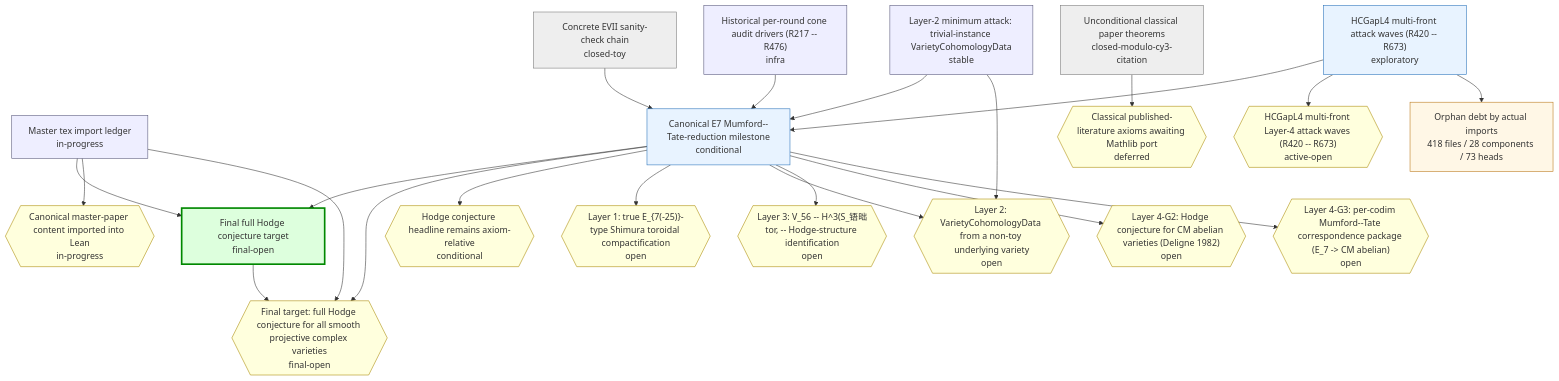
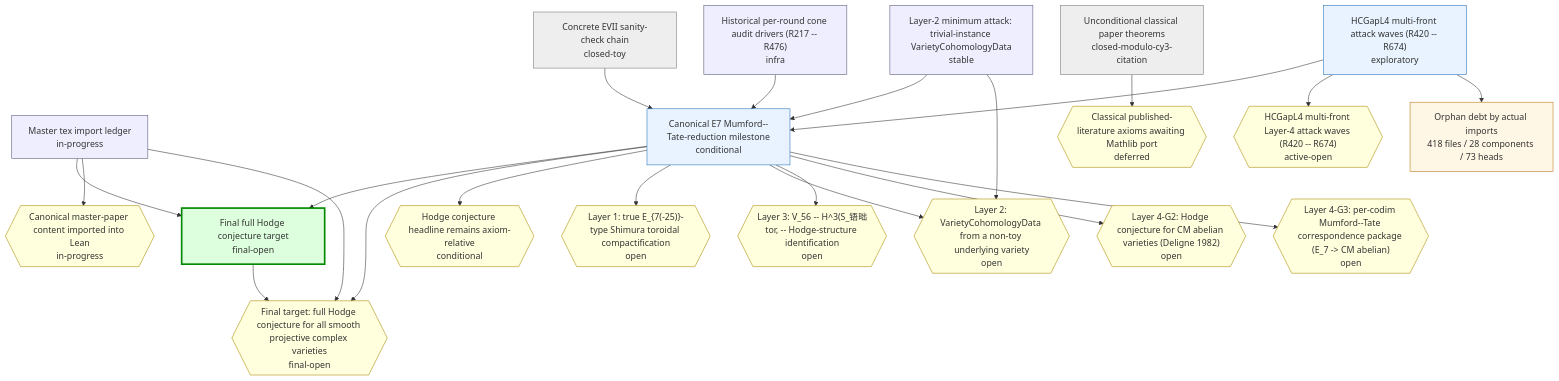
The first of 2 diagrams in chain-status/research-map.md (crabsatellite/hodge-conjecture-lean4-formalization), drawn with Mermaid before and after one commit. The commit also changed other lines of this file and 8 other files, not shown here.

````diff
--- a/chain-status/research-map.md
+++ b/chain-status/research-map.md
@@ -46,54 +46,54 @@
 ```mermaid
 graph TD
   classDef main fill:#dfd,stroke:#080,stroke-width:3px
   classDef active fill:#e8f3ff,stroke:#2670b8
   classDef support fill:#eef,stroke:#557
   classDef closed fill:#eee,stroke:#777
   classDef dead fill:#fdd,stroke:#a00,stroke-width:2px
   classDef gapOpen fill:#ffd,stroke:#a80
   classDef gapClosed fill:#eee,stroke:#777
   classDef gapDead fill:#fdd,stroke:#a00
   classDef debt fill:#fff7e6,stroke:#b87514
   classDef debtTaxonomy fill:#e8f3ff,stroke:#2670b8,stroke-dasharray:3 3
   classDef debtRule fill:#eefbea,stroke:#398439,stroke-dasharray:3 3
   classDef debtDead fill:#fdd,stroke:#a00,stroke-dasharray:3 3
   chain_full_hc_final_target["Final full Hodge conjecture target\nfinal-open"]:::main
   chain_master_paper_import_ledger["Master tex import ledger\nin-progress"]:::support
   chain_main_hc_axiom_relative["Canonical E7 Mumford--Tate-reduction milestone\nconditional"]:::active
   chain_unconditional_classical["Unconditional classical paper theorems\nclosed-modulo-cy3-citation"]:::closed
   chain_hcgap_l2_trivial_instances["Layer-2 minimum attack: trivial-instance VarietyCohomologyData\nstable"]:::support
-  chain_hcgap_l4_multifront_active["HCGapL4 multi-front attack waves (R420 -- R673)\nexploratory"]:::active
+  chain_hcgap_l4_multifront_active["HCGapL4 multi-front attack waves (R420 -- R674)\nexploratory"]:::active
   chain_concrete_evii_toy["Concrete EVII sanity-check chain\nclosed-toy"]:::closed
   chain_historical_cone_audits["Historical per-round cone audit drivers (R217 -- R476)\ninfra"]:::support
   gap_G_full_hc{{"Final target: full Hodge conjecture for all smooth projective complex varieties\nfinal-open"}}:::gapOpen
   gap_G_master_paper_import{{"Canonical master-paper content imported into Lean\nin-progress"}}:::gapOpen
   gap_G_main_hc{{"Hodge conjecture headline remains axiom-relative\nconditional"}}:::gapOpen
   gap_G_l1_e7_shimura_tor{{"Layer 1: true E_{7(-25)}-type Shimura toroidal compactification\nopen"}}:::gapOpen
   gap_G_l2_cohomology_construction{{"Layer 2: VarietyCohomologyData from a non-toy underlying variety\nopen"}}:::gapOpen
   gap_G_l3_v56_mt_identification{{"Layer 3: V_56 -- H^3(S_铻昢tor, -- Hodge-structure identification\nopen"}}:::gapOpen
   gap_G_l4_cm_abelian_hc{{"Layer 4-G2: Hodge conjecture for CM abelian varieties (Deligne 1982)\nopen"}}:::gapOpen
   gap_G_l4_mt_correspondence{{"Layer 4-G3: per-codim Mumford--Tate correspondence package (E_7 -> CM abelian)\nopen"}}:::gapOpen
   gap_G_classical_mathlib_port{{"Classical published-literature axioms awaiting Mathlib port\ndeferred"}}:::gapOpen
-  gap_G_hcgap_l4_multifront{{"HCGapL4 multi-front Layer-4 attack waves (R420 -- R673)\nactive-open"}}:::gapOpen
+  gap_G_hcgap_l4_multifront{{"HCGapL4 multi-front Layer-4 attack waves (R420 -- R674)\nactive-open"}}:::gapOpen
   chain_full_hc_final_target --> gap_G_full_hc
   chain_master_paper_import_ledger --> chain_full_hc_final_target
   chain_master_paper_import_ledger --> gap_G_master_paper_import
   chain_master_paper_import_ledger --> gap_G_full_hc
   chain_main_hc_axiom_relative --> chain_full_hc_final_target
   chain_main_hc_axiom_relative --> gap_G_full_hc
   chain_main_hc_axiom_relative --> gap_G_main_hc
   chain_main_hc_axiom_relative --> gap_G_l1_e7_shimura_tor
   chain_main_hc_axiom_relative --> gap_G_l2_cohomology_construction
   chain_main_hc_axiom_relative --> gap_G_l3_v56_mt_identification
   chain_main_hc_axiom_relative --> gap_G_l4_cm_abelian_hc
   chain_main_hc_axiom_relative --> gap_G_l4_mt_correspondence
   chain_unconditional_classical --> gap_G_classical_mathlib_port
   chain_hcgap_l2_trivial_instances --> chain_main_hc_axiom_relative
   chain_hcgap_l2_trivial_instances --> gap_G_l2_cohomology_construction
   chain_hcgap_l4_multifront_active --> chain_main_hc_axiom_relative
   chain_hcgap_l4_multifront_active --> gap_G_hcgap_l4_multifront
   chain_concrete_evii_toy --> chain_main_hc_axiom_relative
   chain_historical_cone_audits --> chain_main_hc_axiom_relative
   debt_all["Orphan debt by actual imports\n418 files / 28 components / 73 heads"]:::debt
   chain_hcgap_l4_multifront_active --> debt_all
 ```
````
